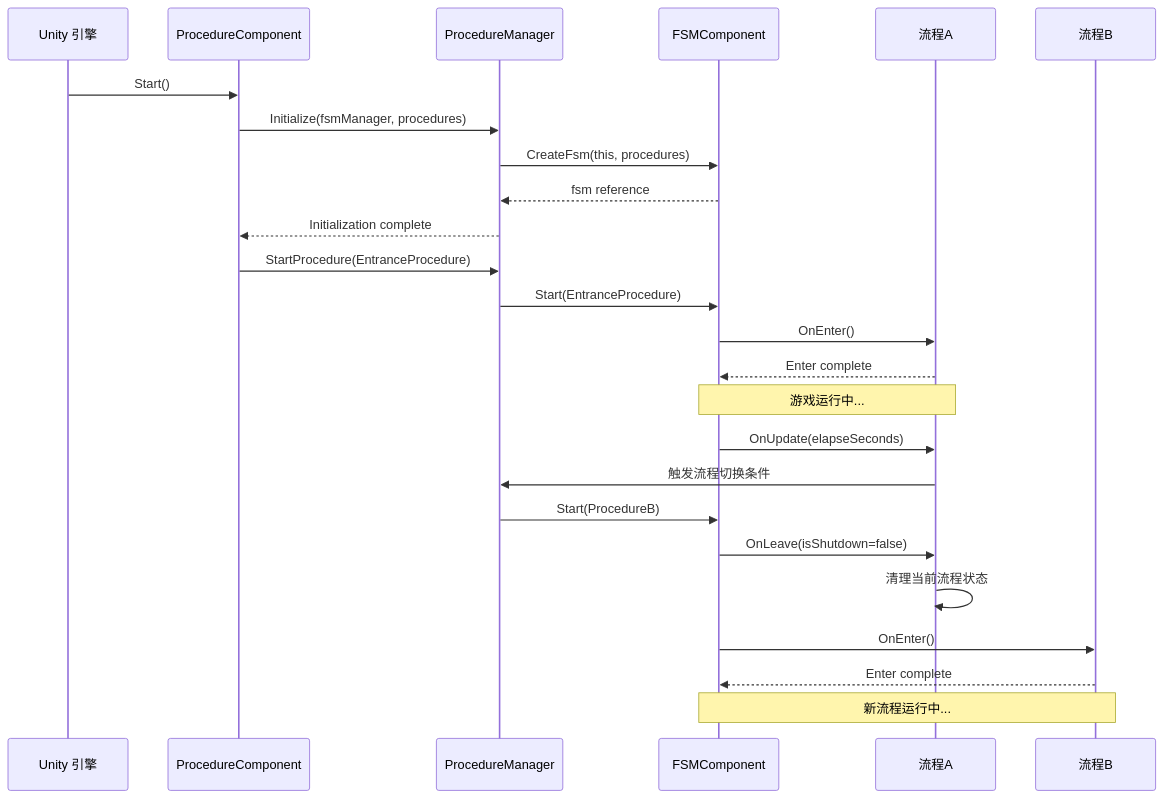
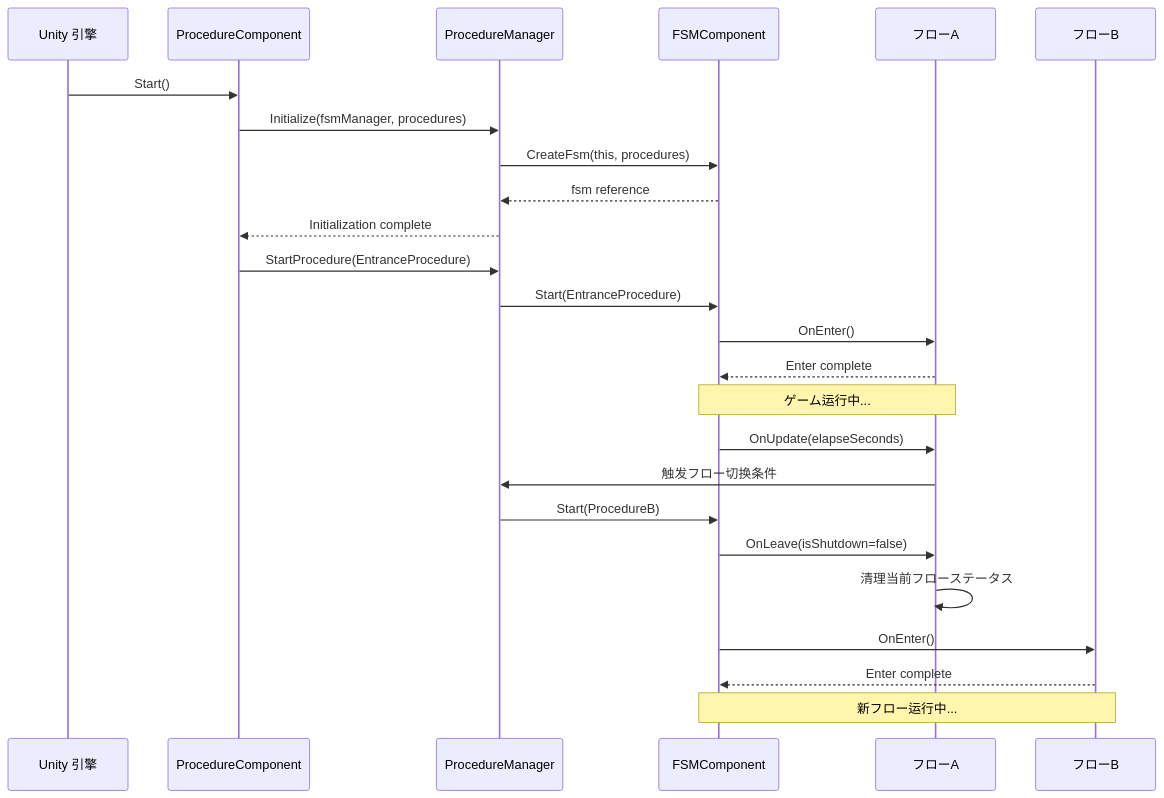
One commit to AlianBlank/GameFrameX.Docs changed the second of 2 diagrams in docs/ja/client/unity/component/procedure/04.features.md. Above: the diagram before and after it, drawn with Mermaid. The commit also changed other lines of this file and 603 other files, not shown here.

````diff
--- a/docs/ja/client/unity/component/procedure/04.features.md
+++ b/docs/ja/client/unity/component/procedure/04.features.md
@@ -163,31 +163,31 @@
 ```mermaid
 sequenceDiagram
     participant Unity as Unity 引擎
     participant PC as ProcedureComponent
     participant PM as ProcedureManager
     participant FSM as FSMComponent
-    participant P1 as 流程A
-    participant P2 as 流程B
+    participant P1 as フローA
+    participant P2 as フローB
 
     Unity->>PC: Start()
     PC->>PM: Initialize(fsmManager, procedures)
     PM->>FSM: CreateFsm(this, procedures)
     FSM-->>PM: fsm reference
     PM-->>PC: Initialization complete
     PC->>PM: StartProcedure(EntranceProcedure)
     PM->>FSM: Start(EntranceProcedure)
     FSM->>P1: OnEnter()
     P1-->>FSM: Enter complete
     
-    Note over P1, FSM: 游戏运行中...
+    Note over P1, FSM: ゲーム运行中...
     
     FSM->>P1: OnUpdate(elapseSeconds)
-    P1->>PM: 触发流程切换条件
+    P1->>PM: 触发フロー切换条件
     PM->>FSM: Start(ProcedureB)
     FSM->>P1: OnLeave(isShutdown=false)
-    P1->>P1: 清理当前流程状态
+    P1->>P1: 清理当前フローステータス
     FSM->>P2: OnEnter()
     P2-->>FSM: Enter complete
     
-    Note over P2, FSM: 新流程运行中...
+    Note over P2, FSM: 新フロー运行中...
 ```
````
